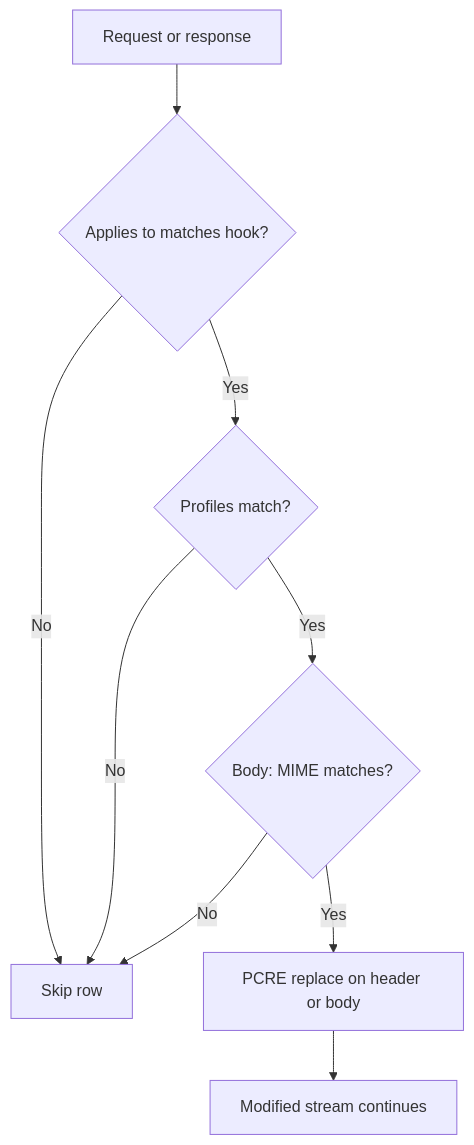
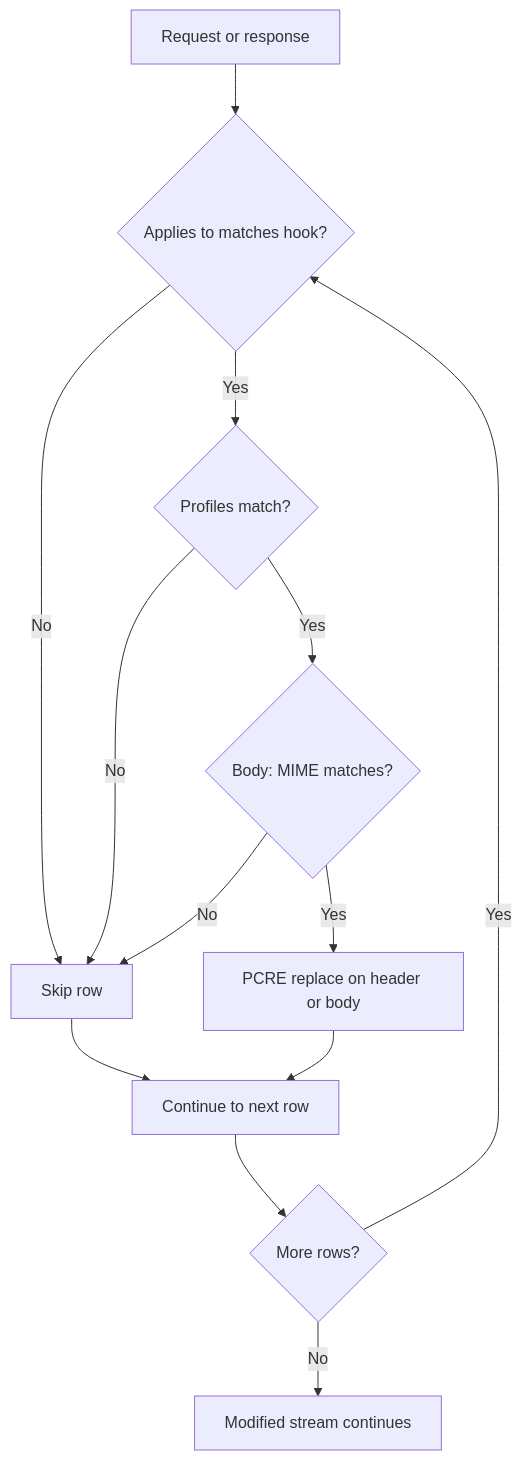
One commit to SafeSquid-Labs/SafeSquid-Docs changed the diagram in public/admin_guide/real_time_content_security/content_modifier.mdx. Above: the diagram before and after it, drawn with Mermaid. The commit also changed other lines of this file and 7 other files, not shown here.

````diff
--- a/public/admin_guide/real_time_content_security/content_modifier.mdx
+++ b/public/admin_guide/real_time_content_security/content_modifier.mdx
@@ -32,11 +42,15 @@
 ```mermaid
 flowchart TD
 msg[Request or response] --> flags{Applies to matches hook?}
 flags -->|No| skip[Skip row]
 flags -->|Yes| prof{Profiles match?}
 prof -->|No| skip
 prof -->|Yes| mime{Body: MIME matches?}
 mime -->|No| skip
 mime -->|Yes| pcre[PCRE replace on header or body]
-pcre --> done[Modified stream continues]
+pcre --> next[Continue to next row]
+skip --> next
+next --> more{More rows?}
+more -->|Yes| flags
+more -->|No| done[Modified stream continues]
 ```
````
